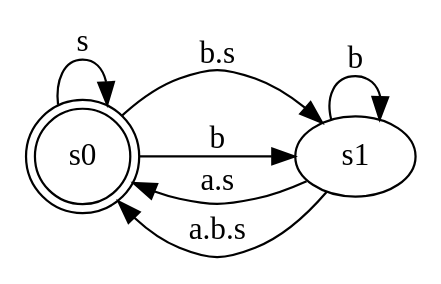
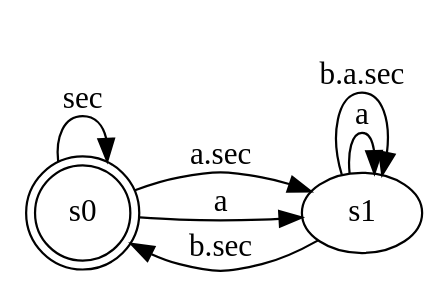
One commit to frederic-mallet/ccsl-sts changed the diagram in Examples/CCSL_Primitives/sts/SampledOn.dot. Above: the diagram before and after it, drawn with Graphviz. The commit also changed 15 other files, not shown here.

```diff
--- a/Examples/CCSL_Primitives/sts/SampledOn.dot
+++ b/Examples/CCSL_Primitives/sts/SampledOn.dot
@@ -1,22 +1,22 @@
 digraph SampledOn { 
   rankdir="LR"
   s0 [ shape="doublecircle" ]
   s0->s0 [
-    label= "s"
+    label= "sec"
   ] ;
   s0->s1 [
-    label= "b.s"
+    label= "a.sec"
   ] ;
   s0->s1 [
-    label= "b"
+    label= "a"
   ] ;
   s1->s1 [
-    label= "b"
+    label= "a"
   ] ;
   s1->s0 [
-    label= "a.s"
+    label= "b.sec"
   ] ;
-  s1->s0 [
-    label= "a.b.s"
+  s1->s1 [
+    label= "b.a.sec"
   ] ;
 }
```
